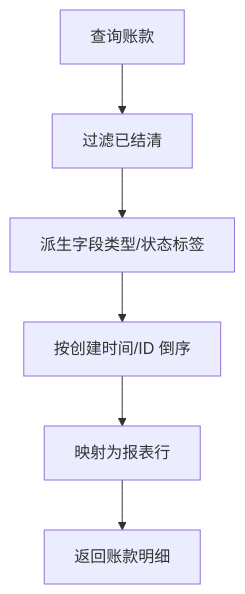
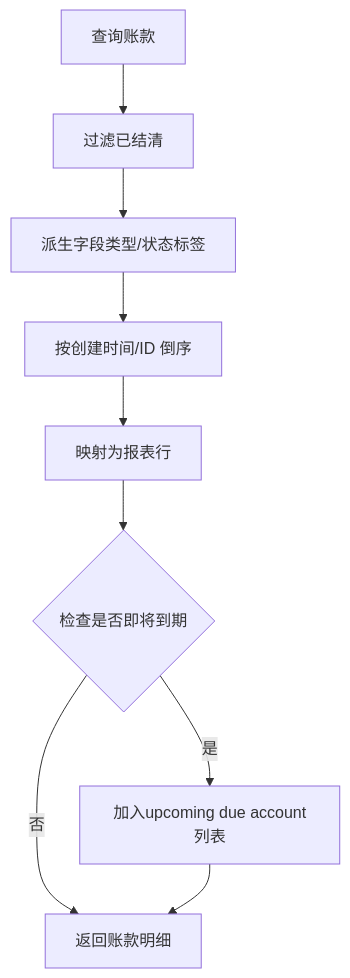
Before and after one commit to rc558620/purelyprofit-server: the fifth of 8 diagrams in .qoder/repowiki/zh/content/业务模块/财务管理模块/财务报表.md, drawn with Mermaid. The commit also changed other lines of this file and 65 other files, not shown here.

````diff
--- a/.qoder/repowiki/zh/content/业务模块/财务管理模块/财务报表.md
+++ b/.qoder/repowiki/zh/content/业务模块/财务管理模块/财务报表.md
@@ -255,8 +288,11 @@
 ```mermaid
 flowchart TD
 QStart["查询账款"] --> Filter["过滤已结清"]
 Filter --> Derive["派生字段类型/状态标签"]
 Derive --> Sort["按创建时间/ID 倒序"]
 Sort --> Map["映射为报表行"]
-Map --> QEnd["返回账款明细"]
+Map --> UpcomingCheck{"检查是否即将到期"}
+UpcomingCheck --> |是| Upcoming["加入upcoming due account列表"]
+UpcomingCheck --> |否| QEnd["返回账款明细"]
+Upcoming --> QEnd
 ```
````
